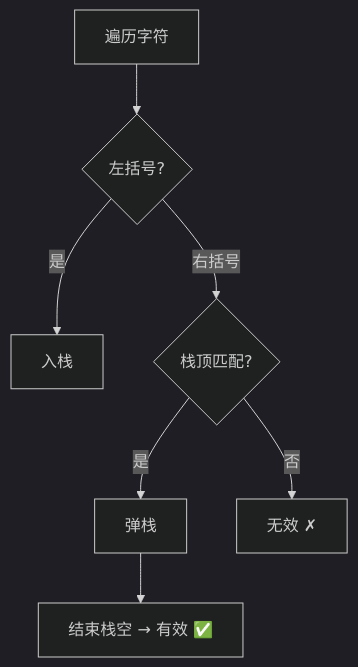
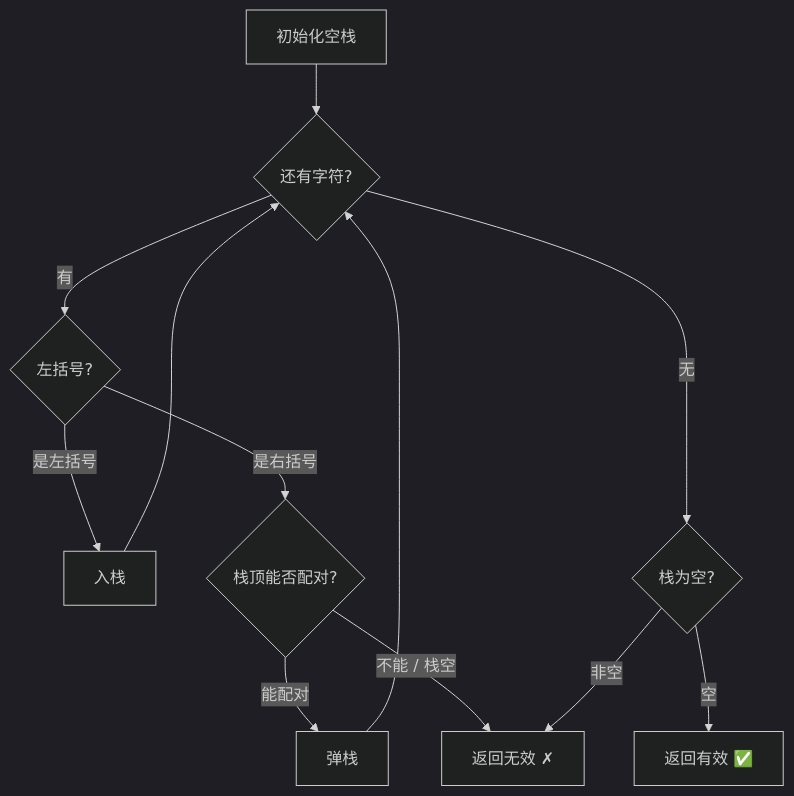
One commit to OctalZero/hot100-py changed the first of 2 diagrams in 13-栈/0020-有效的括号.md. Above: the diagram before and after it, drawn with Mermaid (dark theme). The commit also changed other lines of this file and 117 other files, not shown here.

First line of the commit message:
feat: 全题解配图升级为「动画式 mermaid」（总览骨架 + 横向时间线逐步推演）

````diff
--- a/13-栈/0020-有效的括号.md
+++ b/13-栈/0020-有效的括号.md
@@ -29,9 +29,14 @@
 ```mermaid
 flowchart TD
-    A["遍历字符"] --> B{"左括号?"}
-    B -- "是" --> C["入栈"]
-    B -- "右括号" --> D{"栈顶匹配?"}
-    D -- "是" --> E["弹栈"]
-    D -- "否" --> F["无效 ✗"]
-    E --> G["结束栈空 → 有效 ✅"]
+    A["初始化空栈"] --> B{"还有字符?"}
+    B -->|"有"| C{"左括号?"}
+    C -->|"是左括号"| D["入栈"]
+    C -->|"是右括号"| E{"栈顶能否配对?"}
+    E -->|"能配对"| F["弹栈"]
+    E -->|"不能 / 栈空"| G["返回无效 ✗"]
+    F --> B
+    D --> B
+    B -->|"无"| H{"栈为空?"}
+    H -->|"空"| I["返回有效 ✅"]
+    H -->|"非空"| G
 ```
````
